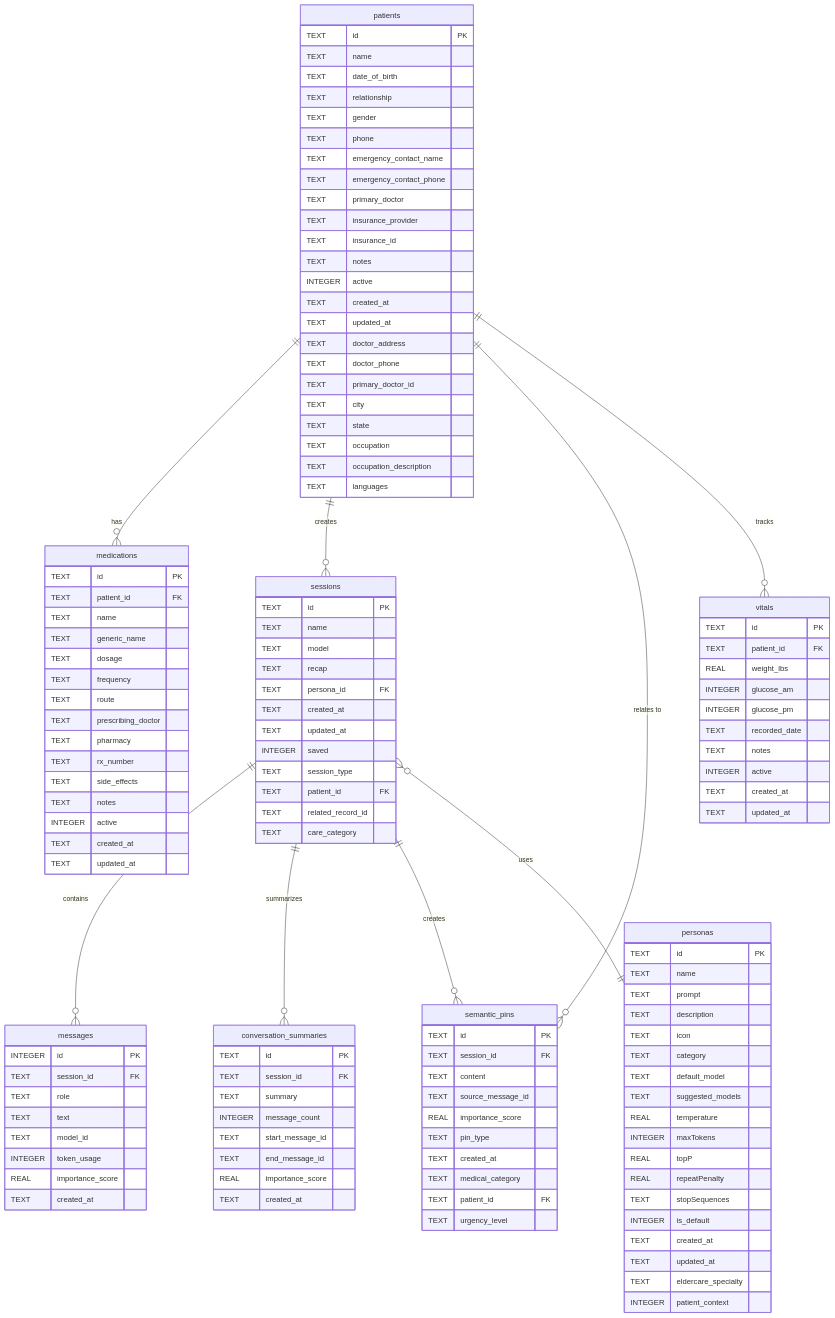
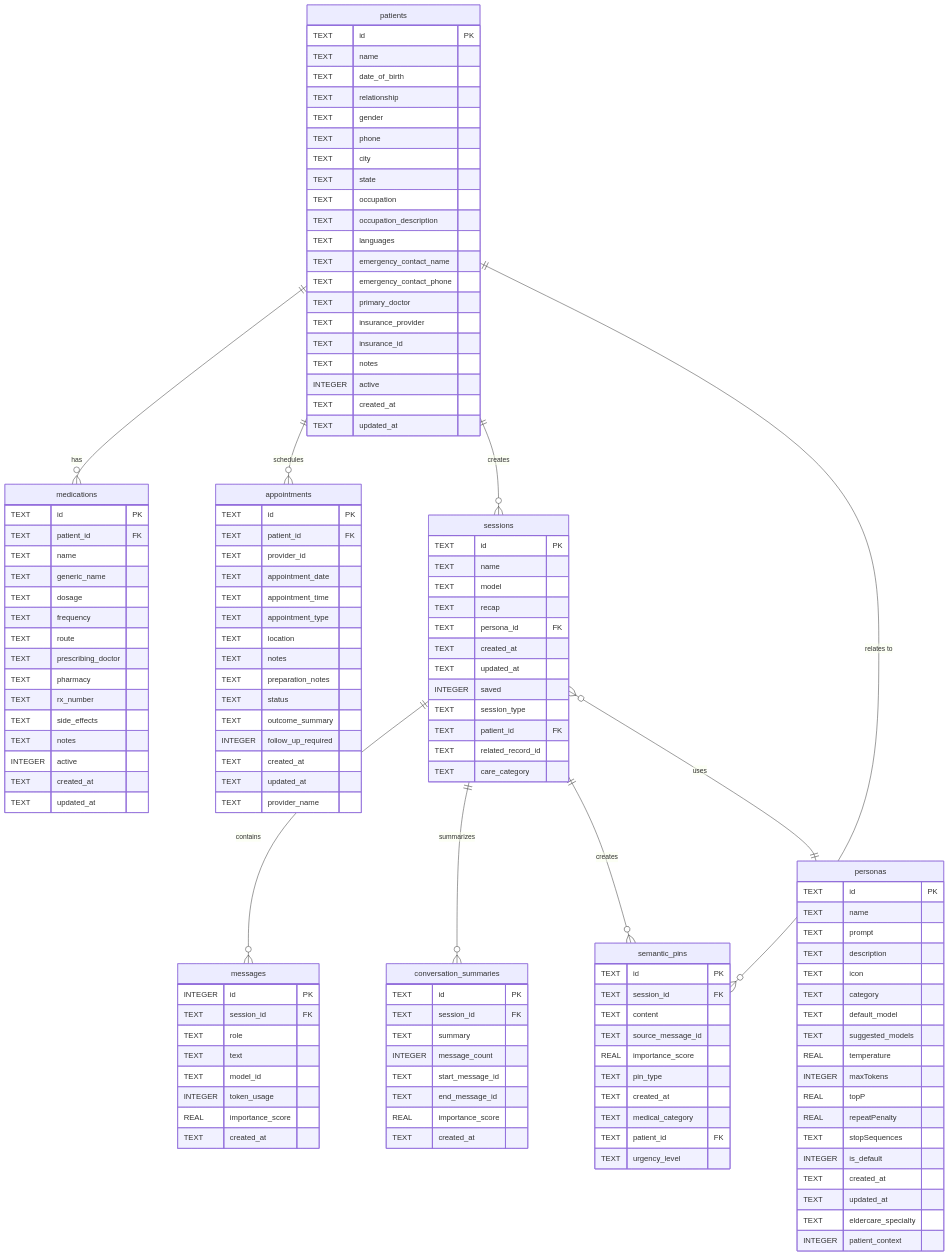
Before and after one commit to Kalito-Labs/Luna: the diagram in docs/schemas/database-schema.md, drawn with Mermaid. The commit also changed other lines of this file and 15 other files, not shown here.

````diff
--- a/docs/schemas/database-schema.md
+++ b/docs/schemas/database-schema.md
@@ -7,9 +7,9 @@
 ```mermaid
 erDiagram
     patients ||--o{ medications : "has"
+    patients ||--o{ appointments : "schedules"
     patients ||--o{ sessions : "creates"
     patients ||--o{ semantic_pins : "relates to"
-    patients ||--o{ vitals : "tracks"
     
     sessions ||--o{ messages : "contains"
     sessions ||--o{ conversation_summaries : "summarizes"
@@ -23,6 +23,11 @@
         TEXT relationship
         TEXT gender
         TEXT phone
+        TEXT city
+        TEXT state
+        TEXT occupation
+        TEXT occupation_description
+        TEXT languages
         TEXT emergency_contact_name
         TEXT emergency_contact_phone
         TEXT primary_doctor
@@ -32,14 +37,6 @@
         INTEGER active
         TEXT created_at
         TEXT updated_at
-        TEXT doctor_address
-        TEXT doctor_phone
-        TEXT primary_doctor_id
-        TEXT city
-        TEXT state
-        TEXT occupation
-        TEXT occupation_description
-        TEXT languages
     }
 
     medications {
@@ -58,6 +55,24 @@
         INTEGER active
         TEXT created_at
         TEXT updated_at
+    }
+
+    appointments {
+        TEXT id PK
+        TEXT patient_id FK
+        TEXT provider_id
+        TEXT appointment_date
+        TEXT appointment_time
+        TEXT appointment_type
+        TEXT location
+        TEXT notes
+        TEXT preparation_notes
+        TEXT status
+        TEXT outcome_summary
+        INTEGER follow_up_required
+        TEXT created_at
+        TEXT updated_at
+        TEXT provider_name
     }
 
     sessions {
@@ -130,17 +145,4 @@
         TEXT patient_id FK
         TEXT urgency_level
     }
-
-    vitals {
-        TEXT id PK
-        TEXT patient_id FK
-        REAL weight_lbs
-        INTEGER glucose_am
-        INTEGER glucose_pm
-        TEXT recorded_date
-        TEXT notes
-        INTEGER active
-        TEXT created_at
-        TEXT updated_at
-    }
 ```
````
